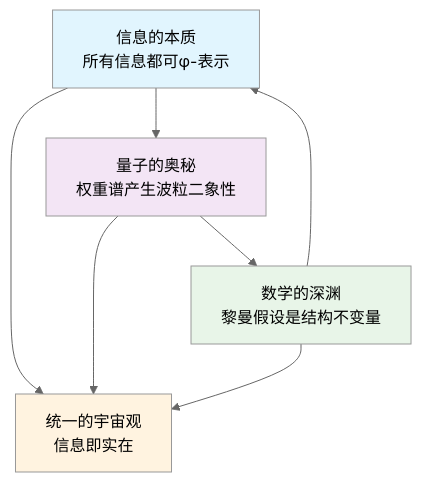
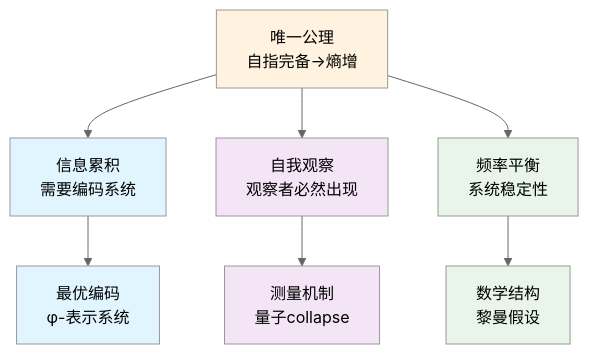
The diagram in docs/genesis-unified-theory.md (loning/the-binarymath), drawn with Mermaid (neutral theme) before and after one commit. The commit also changed other lines of this file, not shown here.

````diff
--- a/docs/genesis-unified-theory.md
+++ b/docs/genesis-unified-theory.md
@@ -1320,15 +43,17 @@
 ```mermaid
 graph TD
-    A["信息的本质<br/>所有信息都可φ-表示"] --> B["量子的奥秘<br/>权重谱产生波粒二象性"]
-    B --> C["数学的深渊<br/>黎曼假设是结构不变量"]
-    C --> A
+    A["唯一公理<br/>自指完备→熵增"] --> B["信息累积<br/>需要编码系统"]
+    B --> C["最优编码<br/>φ-表示系统"]
+    A --> D["自我观察<br/>观察者必然出现"]
+    D --> E["测量机制<br/>量子collapse"]
+    A --> F["频率平衡<br/>系统稳定性"]
+    F --> G["数学结构<br/>黎曼假设"]
     
-    A --> D["统一的宇宙观<br/>信息即实在"]
-    B --> D
-    C --> D
-    
-    style A fill:#e1f5fe
-    style B fill:#f3e5f5
-    style C fill:#e8f5e8
-    style D fill:#fff3e0
+    style A fill:#fff3e0
+    style B fill:#e1f5fe
+    style C fill:#e1f5fe
+    style D fill:#f3e5f5
+    style E fill:#f3e5f5
+    style F fill:#e8f5e8
+    style G fill:#e8f5e8
 ```
````
